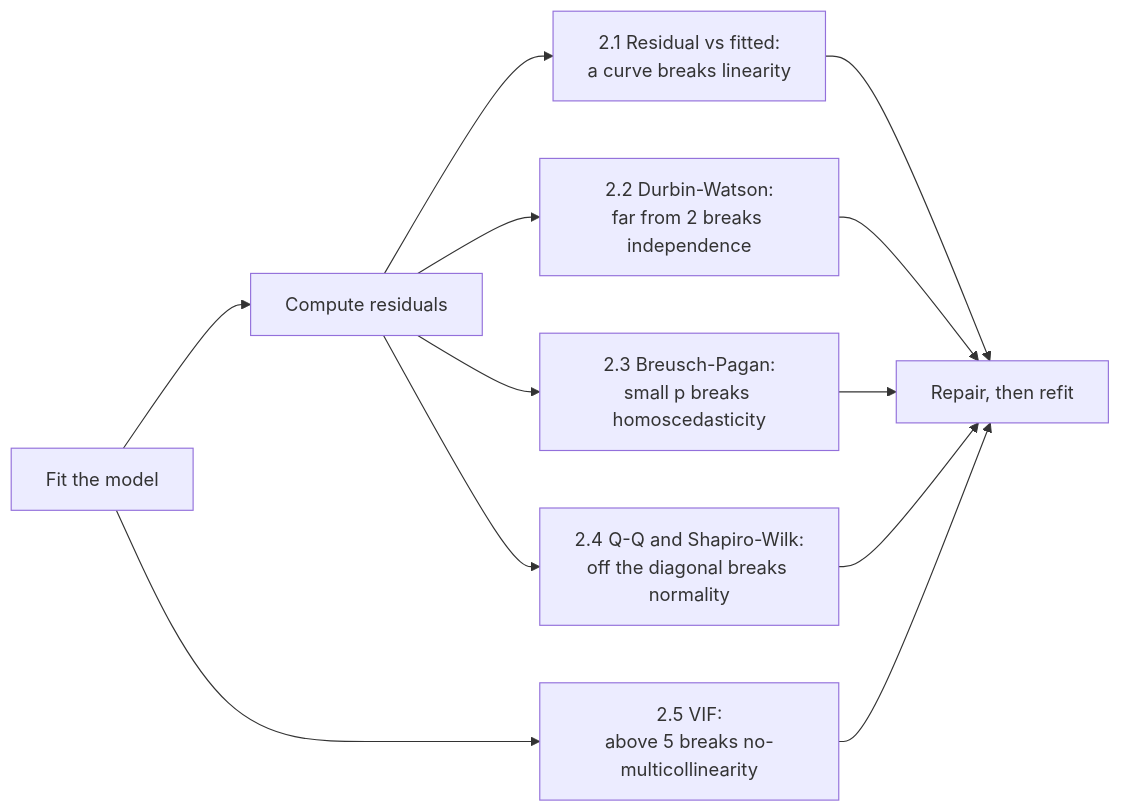
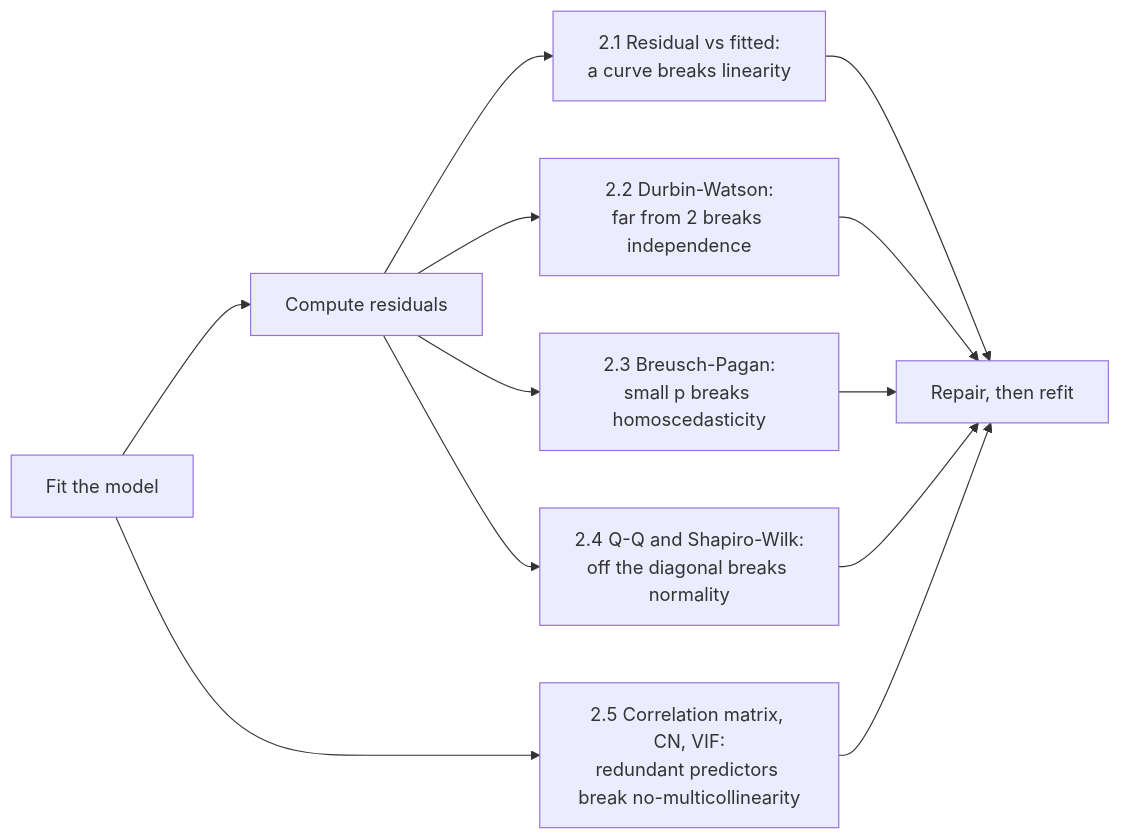
Before and after one commit to mhd-riaz/data-scientist-roadmap: the third of 4 diagrams in semester-1/05-supervised-ml-regression/notes/03-assumptions-and-model-evaluation.md, drawn with Mermaid. The commit also changed other lines of this file and 3 other files, not shown here.

````diff
--- a/semester-1/05-supervised-ml-regression/notes/03-assumptions-and-model-evaluation.md
+++ b/semester-1/05-supervised-ml-regression/notes/03-assumptions-and-model-evaluation.md
@@ -305,14 +308,14 @@
 ```mermaid
 flowchart LR
     A[Fit the model] --> B[Compute residuals]
     B --> C["2.1 Residual vs fitted:<br/>a curve breaks linearity"]
     B --> D["2.2 Durbin-Watson:<br/>far from 2 breaks independence"]
     B --> E["2.3 Breusch-Pagan:<br/>small p breaks homoscedasticity"]
     B --> F["2.4 Q-Q and Shapiro-Wilk:<br/>off the diagonal breaks normality"]
-    A --> G["2.5 VIF:<br/>above 5 breaks no-multicollinearity"]
+    A --> G["2.5 Correlation matrix, CN, VIF:<br/>redundant predictors break no-multicollinearity"]
     C --> H[Repair, then refit]
     D --> H
     E --> H
     F --> H
     G --> H
 ```
````
